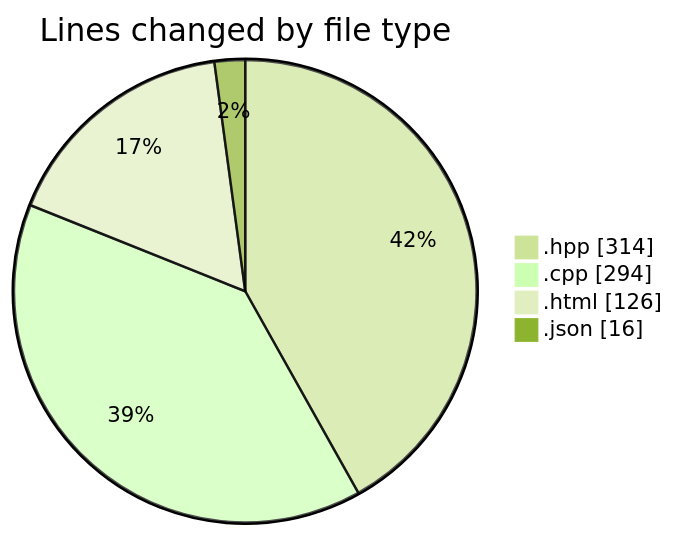
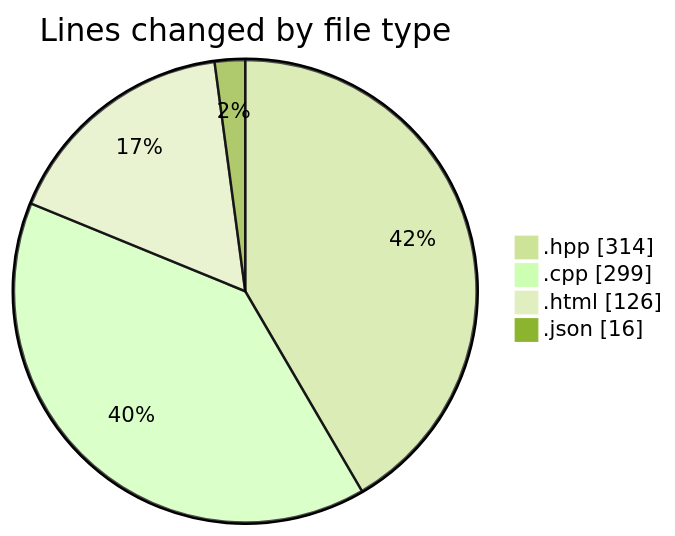
One commit to Netris89/code-tracking changed the first of 2 diagrams in 2025-04-22/echo/README.md. Above: the diagram before and after it, drawn with Mermaid (forest theme). The commit also changed other lines of this file and 1 other file, not shown here.

````diff
--- a/2025-04-22/echo/README.md
+++ b/2025-04-22/echo/README.md
@@ -25,8 +25,8 @@
 ```mermaid
 pie showData
 title Lines changed by file type
 ".hpp" : 314
-".cpp" : 294
+".cpp" : 299
 ".html" : 126
 ".json" : 16
 ```
````
